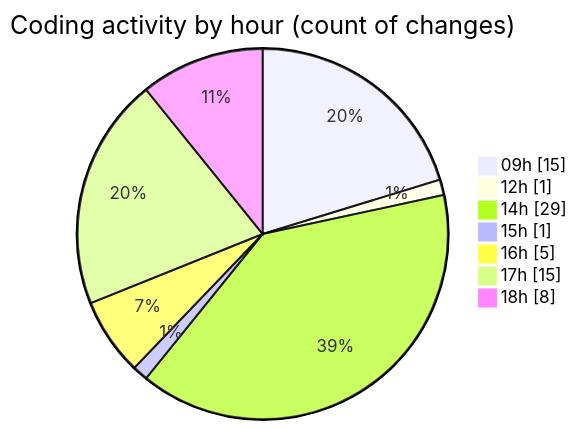
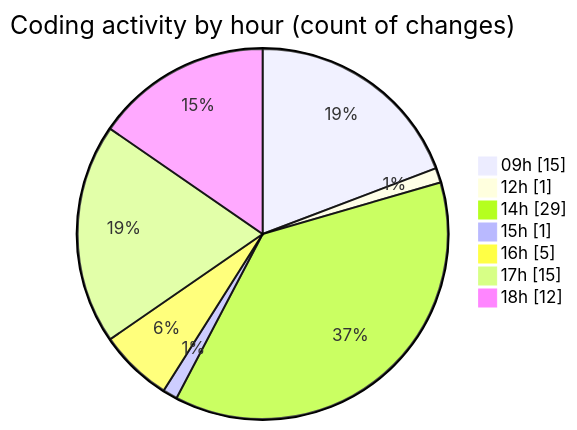
One commit to momahboobian/code-tracking changed the second of 2 diagrams in 2026-09-08/cda/README.md. Above: the diagram before and after it, drawn with Mermaid. The commit also changed other lines of this file and 1 other file, not shown here.

````diff
--- a/2026-09-08/cda/README.md
+++ b/2026-09-08/cda/README.md
@@ -61,11 +61,11 @@
 ```mermaid
 pie showData
 title Coding activity by hour (count of changes)
 "09h" : 15
 "12h" : 1
 "14h" : 29
 "15h" : 1
 "16h" : 5
 "17h" : 15
-"18h" : 8
+"18h" : 12
 ```
````
